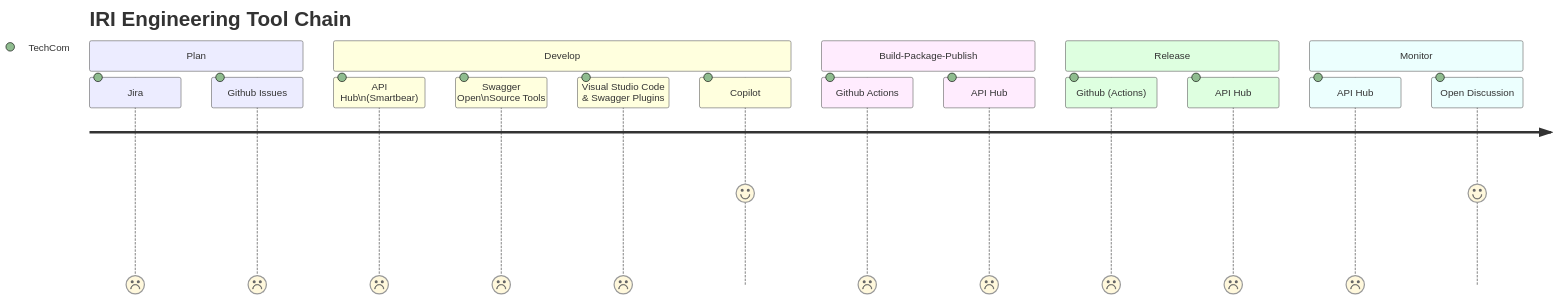
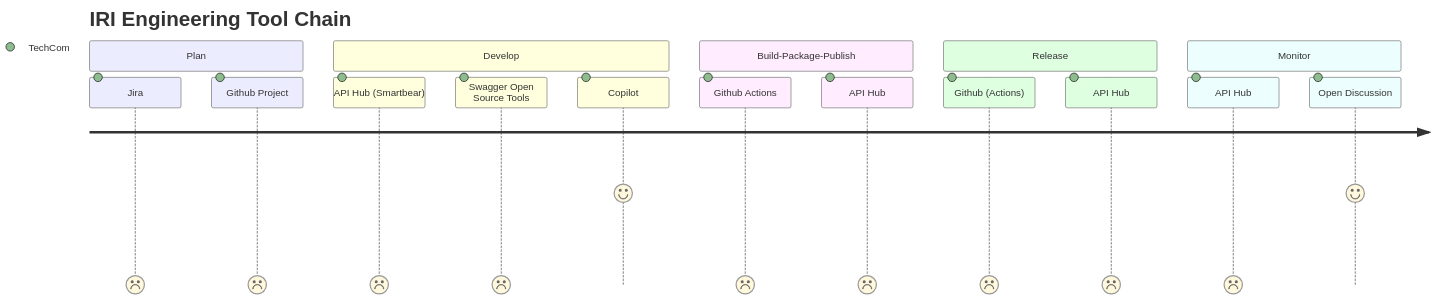
Before and after one commit to rockwellej/public-playground: the diagram in diagrams/iri-tool-chain.md, drawn with Mermaid.

Commit message:
some corrections

````diff
--- a/diagrams/iri-tool-chain.md
+++ b/diagrams/iri-tool-chain.md
@@ -2,21 +2,20 @@
 ```mermaid
 journey
   title IRI Engineering Tool Chain
   section Plan
     Jira: 0: TechCom
-    Github Issues: 0: TechCom
+    Github Project: 0: TechCom
   section Develop
-    API Hub\n(Smartbear): 0: TechCom
-    Swagger Open\nSource Tools: 0: TechCom
-    Visual Studio Code & Swagger Plugins: 0: TechCom
+    API Hub (Smartbear): 0: TechCom
+    Swagger Open Source Tools: 0: TechCom
     Copilot: 5: TechCom
   section Build-Package-Publish
     Github Actions: 0: TechCom
     API Hub: 0: TechCom
   section Release
     Github (Actions): 0: TechCom
     API Hub: 0: TechCom    
   section Monitor
     API Hub: 0: TechCom
     Open Discussion: 5: TechCom    
 ```
````
